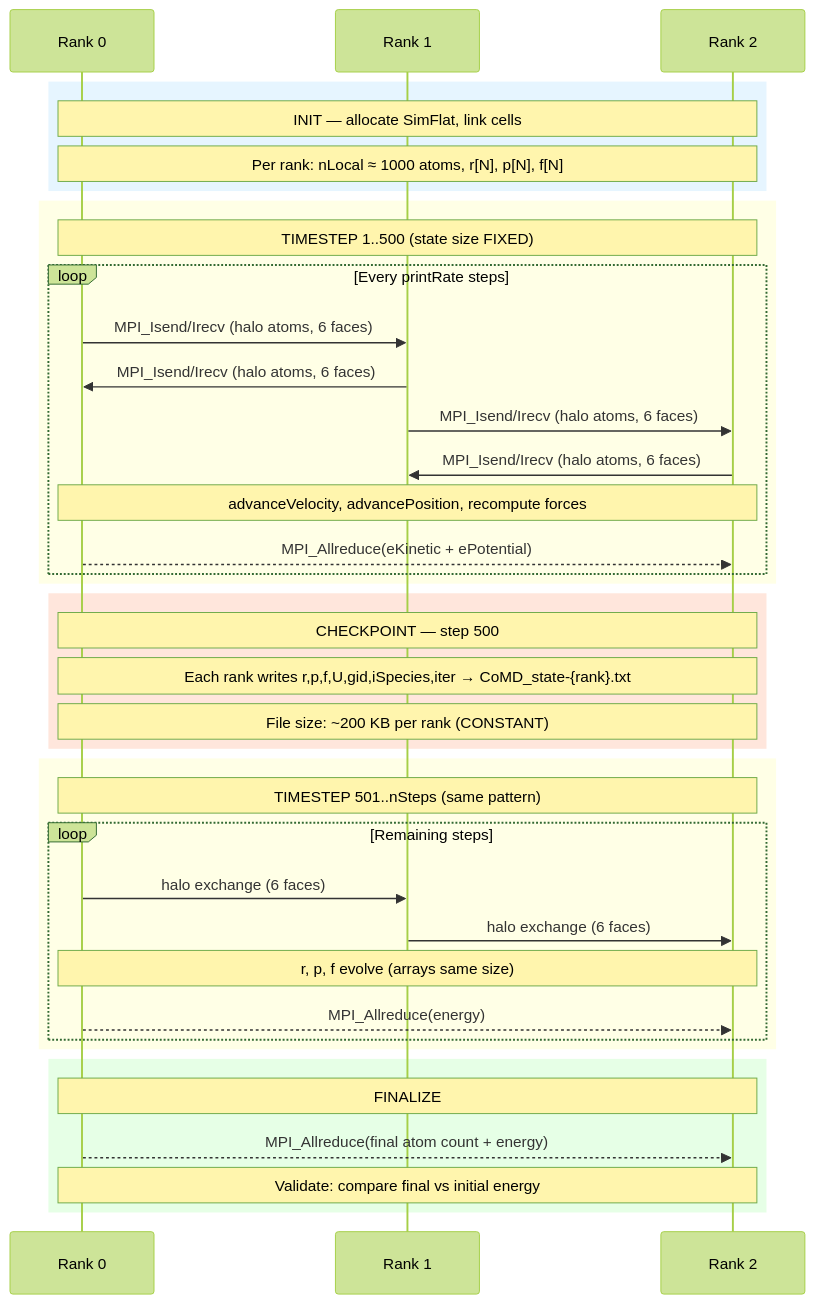
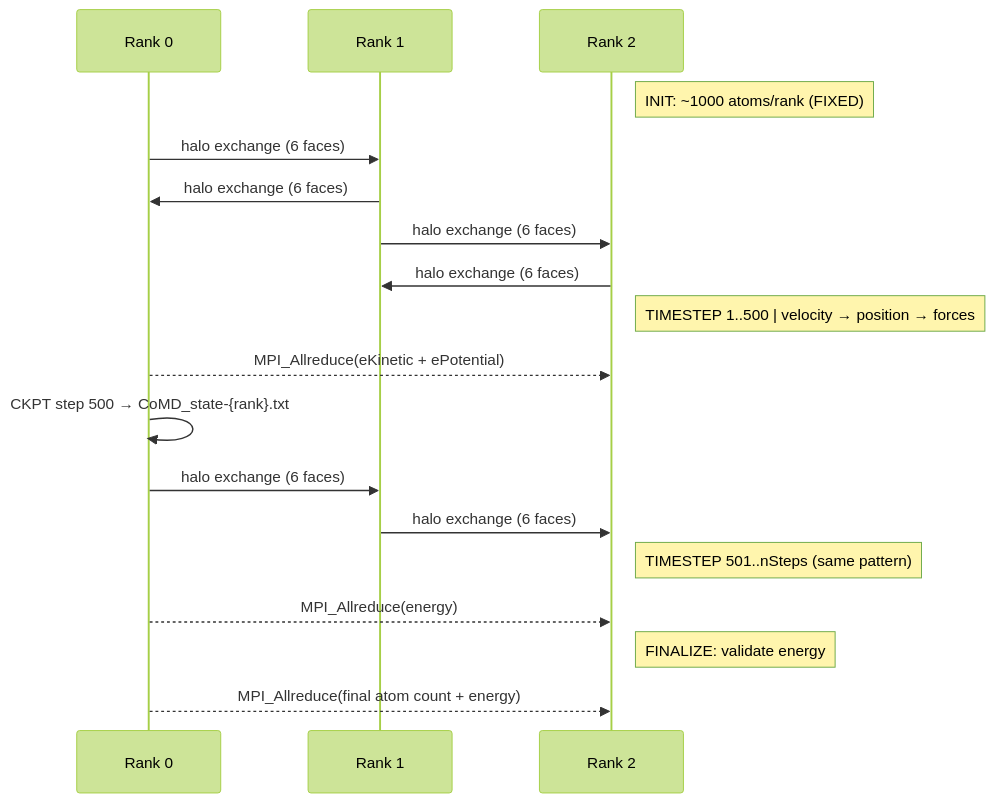
Before and after one commit to ngduchai/guard-agent: the third of 3 diagrams in tests/apps/docs/CoMD/README.md, drawn with Mermaid (forest theme). The commit also changed other lines of this file and 43 other files, not shown here.

````diff
--- a/tests/apps/docs/CoMD/README.md
+++ b/tests/apps/docs/CoMD/README.md
@@ -128,45 +127,24 @@
 ```mermaid
 sequenceDiagram
     participant R0 as Rank 0
     participant R1 as Rank 1
     participant R2 as Rank 2
 
-    rect rgb(230,245,255)
-    Note over R0,R2: INIT — allocate SimFlat, link cells
-    Note over R0,R2: Per rank: nLocal ≈ 1000 atoms, r[N], p[N], f[N]
-    end
+    Note right of R2: INIT: ~1000 atoms/rank (FIXED)
+    R0->>R1: halo exchange (6 faces)
+    R1->>R0: halo exchange (6 faces)
+    R1->>R2: halo exchange (6 faces)
+    R2->>R1: halo exchange (6 faces)
+    Note right of R2: TIMESTEP 1..500 | velocity → position → forces
+    R0-->>R2: MPI_Allreduce(eKinetic + ePotential)
 
-    rect rgb(255,255,230)
-    Note over R0,R2: TIMESTEP 1..500 (state size FIXED)
-    loop Every printRate steps
-        R0->>R1: MPI_Isend/Irecv (halo atoms, 6 faces)
-        R1->>R0: MPI_Isend/Irecv (halo atoms, 6 faces)
-        R1->>R2: MPI_Isend/Irecv (halo atoms, 6 faces)
-        R2->>R1: MPI_Isend/Irecv (halo atoms, 6 faces)
-        Note over R0,R2: advanceVelocity, advancePosition, recompute forces
-        R0-->>R2: MPI_Allreduce(eKinetic + ePotential)
-    end
-    end
+    R0->>R0: CKPT step 500 → CoMD_state-{rank}.txt
 
-    rect rgb(255,230,220)
-    Note over R0,R2: CHECKPOINT — step 500
-    Note over R0,R2: Each rank writes r,p,f,U,gid,iSpecies,iter → CoMD_state-{rank}.txt
-    Note over R0,R2: File size: ~200 KB per rank (CONSTANT)
-    end
+    R0->>R1: halo exchange (6 faces)
+    R1->>R2: halo exchange (6 faces)
+    Note right of R2: TIMESTEP 501..nSteps (same pattern)
+    R0-->>R2: MPI_Allreduce(energy)
 
-    rect rgb(255,255,230)
-    Note over R0,R2: TIMESTEP 501..nSteps (same pattern)
-    loop Remaining steps
-        R0->>R1: halo exchange (6 faces)
-        R1->>R2: halo exchange (6 faces)
-        Note over R0,R2: r, p, f evolve (arrays same size)
-        R0-->>R2: MPI_Allreduce(energy)
-    end
-    end
-
-    rect rgb(230,255,230)
-    Note over R0,R2: FINALIZE
+    Note right of R2: FINALIZE: validate energy
     R0-->>R2: MPI_Allreduce(final atom count + energy)
-    Note over R0,R2: Validate: compare final vs initial energy
-    end
 ```
````
